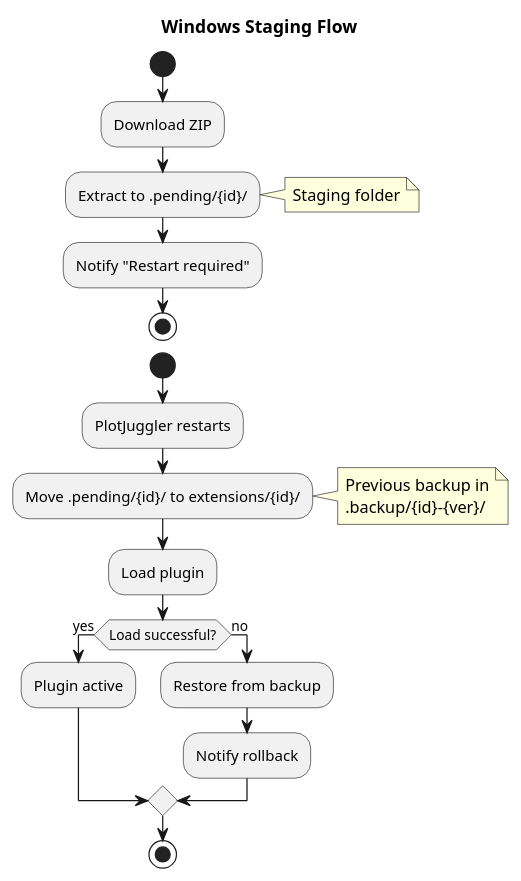
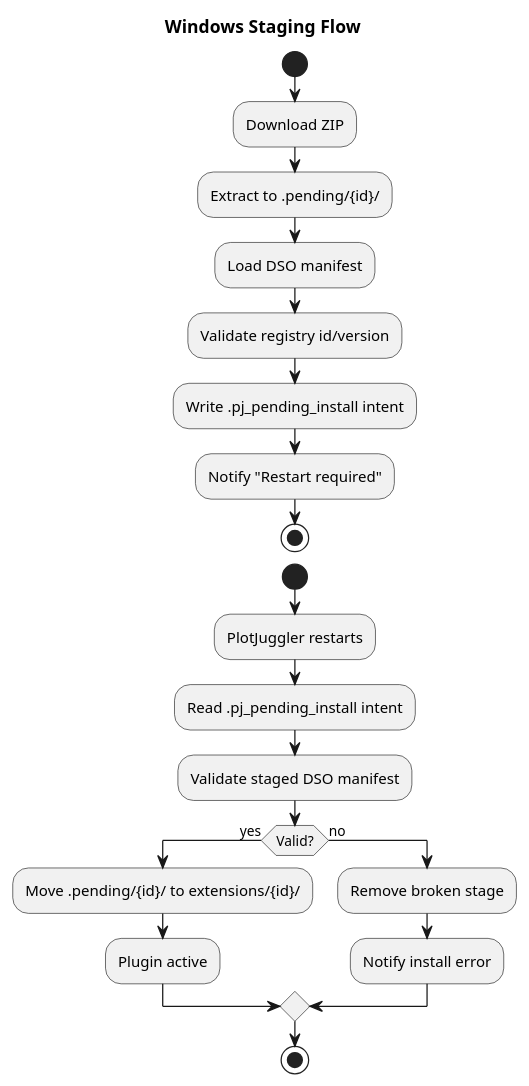
Before and after one commit to PlotJuggler/plotjuggler_sdk: the third of 4 diagrams in pj_marketplace/documentation/ARCHITECTURE.md, drawn with PlantUML. The commit also changed other lines of this file and 54 other files, not shown here.

````diff
--- a/pj_marketplace/documentation/ARCHITECTURE.md
+++ b/pj_marketplace/documentation/ARCHITECTURE.md
@@ -257,27 +249,29 @@
 ```plantuml
 @startuml
 skinparam backgroundColor white
 
 title Windows Staging Flow
 
 start
 :Download ZIP;
 :Extract to .pending/{id}/;
-note right: Staging folder
+:Load DSO manifest;
+:Validate registry id/version;
+:Write .pj_pending_install intent;
 :Notify "Restart required";
 stop
 
 start
 :PlotJuggler restarts;
+:Read .pj_pending_install intent;
+:Validate staged DSO manifest;
+if (Valid?) then (yes)
 :Move .pending/{id}/ to extensions/{id}/;
-note right: Previous backup in\n.backup/{id}-{ver}/
-:Load plugin;
-if (Load successful?) then (yes)
   :Plugin active;
 else (no)
-  :Restore from backup;
-  :Notify rollback;
+  :Remove broken stage;
+  :Notify install error;
 endif
 stop
 @enduml
 ```
````
